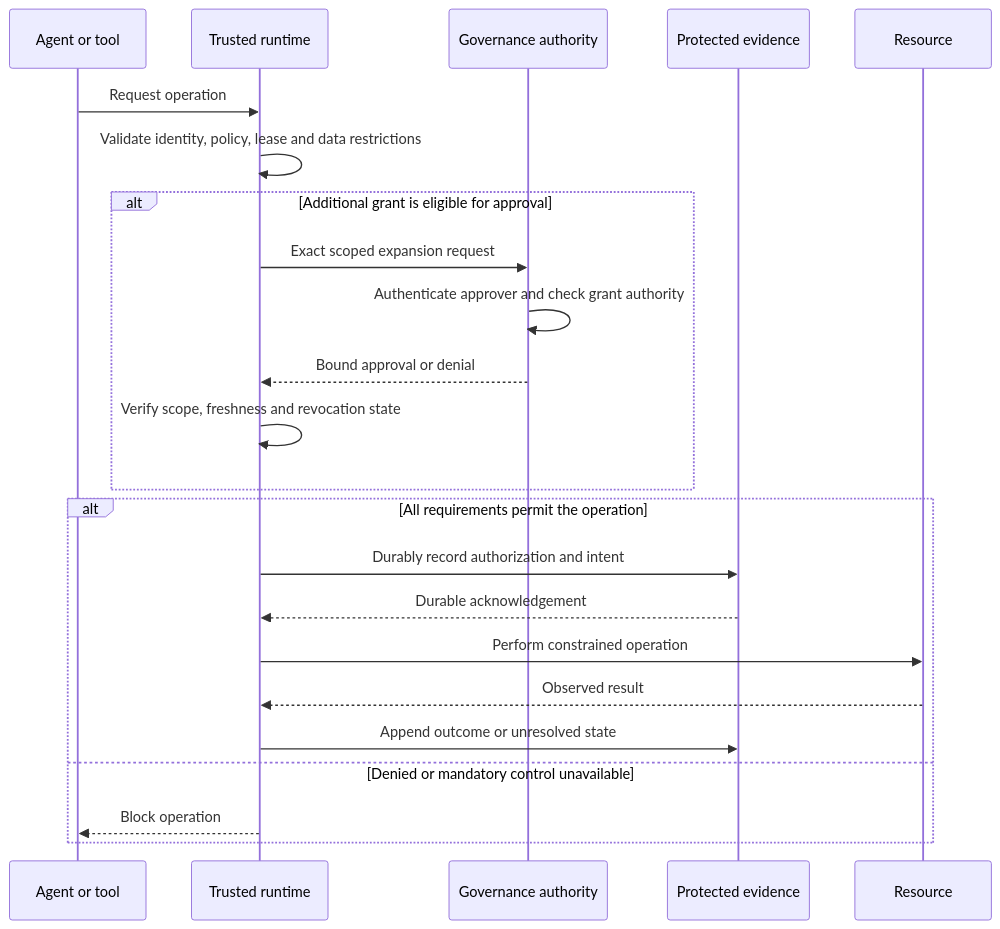
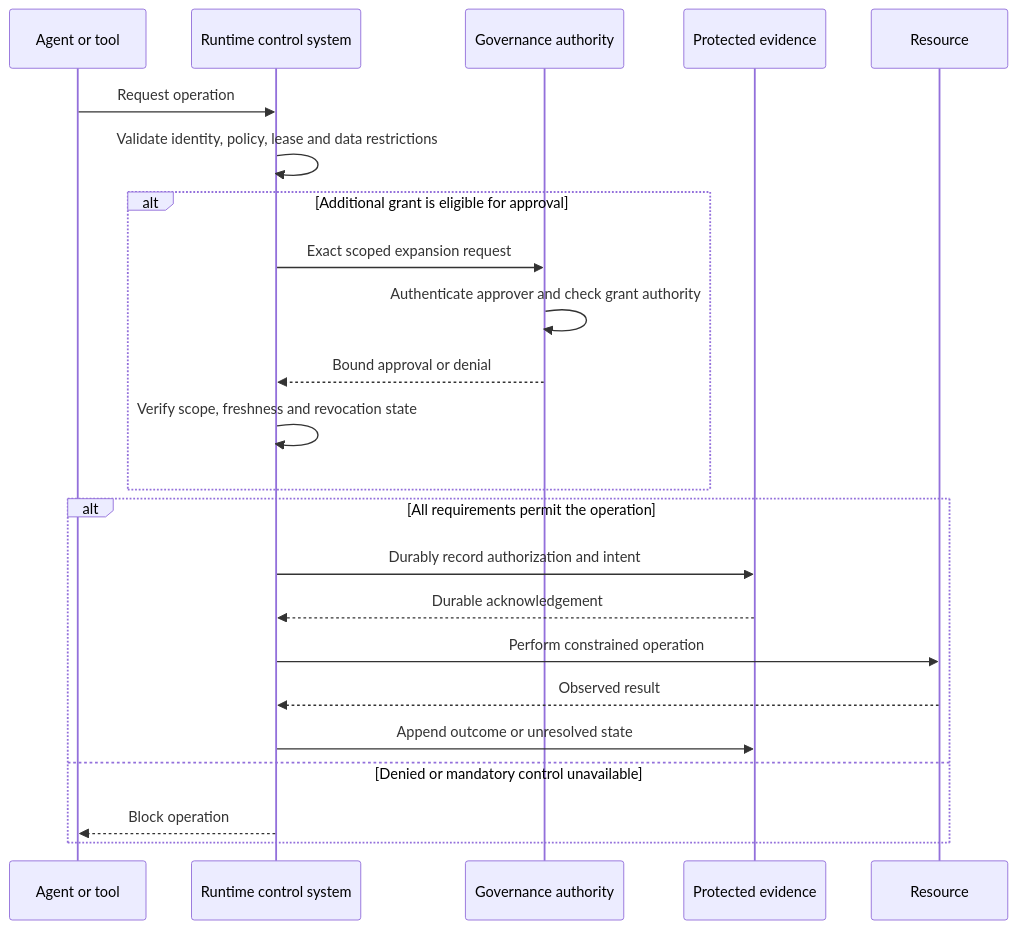
Before and after one commit to nolabs-ai/agent-runtime-security: the diagram in diagrams/02-grant-expansion.mmd, drawn with Mermaid. The commit also changed 37 other files, not shown here.

First line of the commit message:
feat(docs): update paper and diagrams for runtime governance

```diff
--- a/diagrams/02-grant-expansion.mmd
+++ b/diagrams/02-grant-expansion.mmd
@@ -1,24 +1,24 @@
 sequenceDiagram
   participant A as Agent or tool
-  participant R as Trusted runtime
+  participant R as Runtime control system
   participant G as Governance authority
   participant E as Protected evidence
   participant X as Resource
 
   A->>R: Request operation
   R->>R: Validate identity, policy, lease and data restrictions
   alt Additional grant is eligible for approval
     R->>G: Exact scoped expansion request
     G->>G: Authenticate approver and check grant authority
     G-->>R: Bound approval or denial
     R->>R: Verify scope, freshness and revocation state
   end
   alt All requirements permit the operation
     R->>E: Durably record authorization and intent
     E-->>R: Durable acknowledgement
     R->>X: Perform constrained operation
     X-->>R: Observed result
     R->>E: Append outcome or unresolved state
   else Denied or mandatory control unavailable
     R-->>A: Block operation
   end
```
